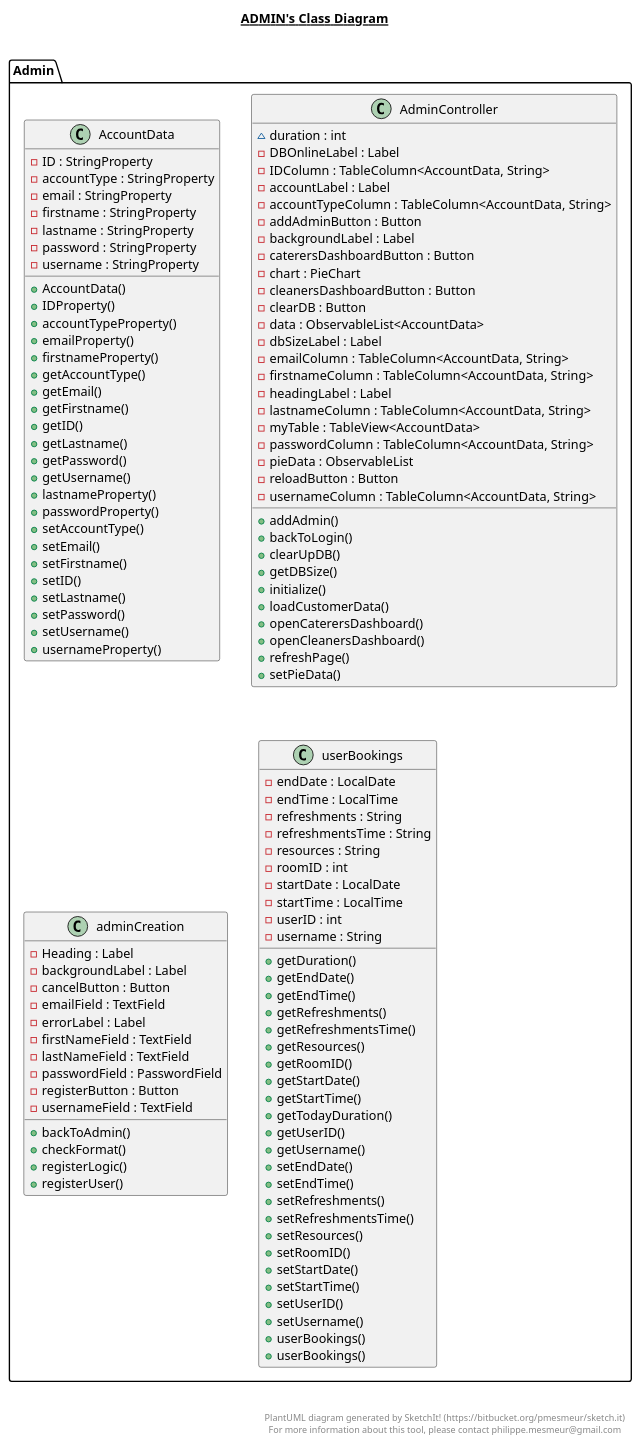
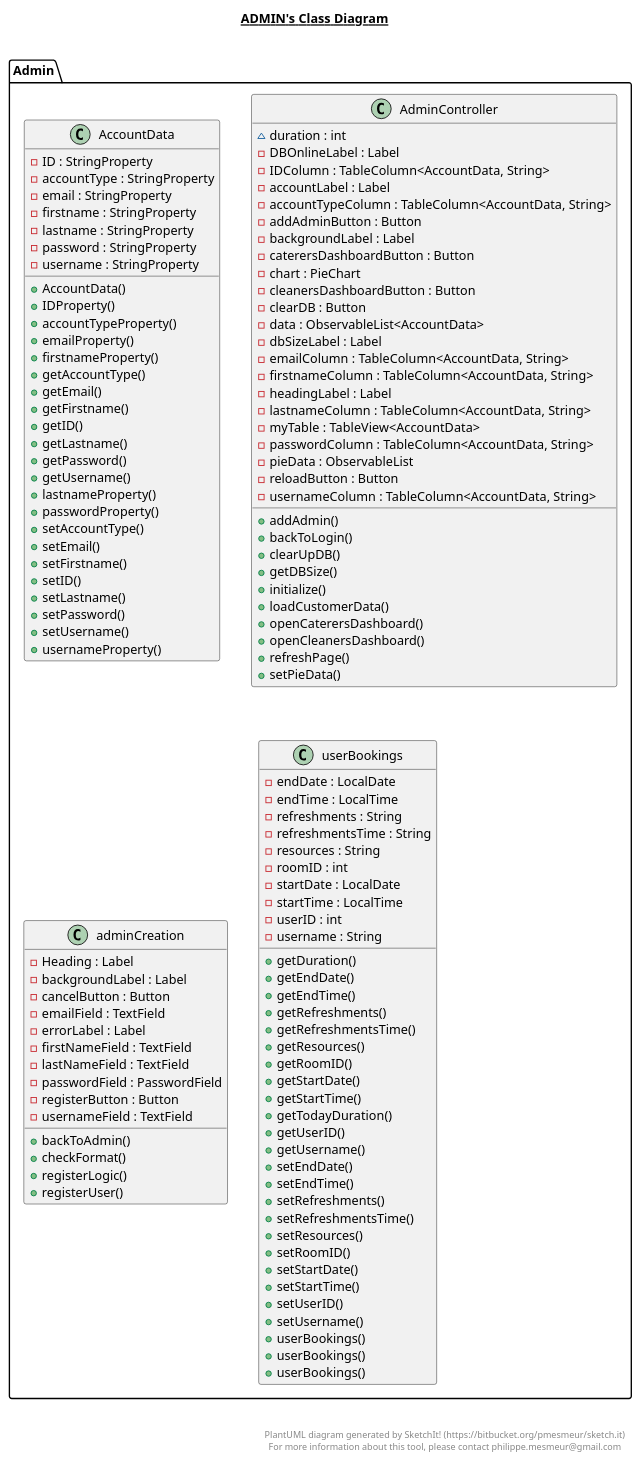
One commit to hegde-atri/meetingBooking changed the diagram in src/Admin/Admin.plantuml. Above: the diagram before and after it, drawn with PlantUML. The commit also changed 30 other files, not shown here.

```diff
--- a/src/Admin/Admin.plantuml
+++ b/src/Admin/Admin.plantuml
@@ -1,147 +1,148 @@
 @startuml
 
 title __ADMIN's Class Diagram__\n
 
   namespace Admin {
     class Admin.AccountData {
         - ID : StringProperty
         - accountType : StringProperty
         - email : StringProperty
         - firstname : StringProperty
         - lastname : StringProperty
         - password : StringProperty
         - username : StringProperty
         + AccountData()
         + IDProperty()
         + accountTypeProperty()
         + emailProperty()
         + firstnameProperty()
         + getAccountType()
         + getEmail()
         + getFirstname()
         + getID()
         + getLastname()
         + getPassword()
         + getUsername()
         + lastnameProperty()
         + passwordProperty()
         + setAccountType()
         + setEmail()
         + setFirstname()
         + setID()
         + setLastname()
         + setPassword()
         + setUsername()
         + usernameProperty()
     }
   }
   
 
   namespace Admin {
     class Admin.AdminController {
         ~ duration : int
         - DBOnlineLabel : Label
         - IDColumn : TableColumn<AccountData, String>
         - accountLabel : Label
         - accountTypeColumn : TableColumn<AccountData, String>
         - addAdminButton : Button
         - backgroundLabel : Label
         - caterersDashboardButton : Button
         - chart : PieChart
         - cleanersDashboardButton : Button
         - clearDB : Button
         - data : ObservableList<AccountData>
         - dbSizeLabel : Label
         - emailColumn : TableColumn<AccountData, String>
         - firstnameColumn : TableColumn<AccountData, String>
         - headingLabel : Label
         - lastnameColumn : TableColumn<AccountData, String>
         - myTable : TableView<AccountData>
         - passwordColumn : TableColumn<AccountData, String>
         - pieData : ObservableList
         - reloadButton : Button
         - usernameColumn : TableColumn<AccountData, String>
         + addAdmin()
         + backToLogin()
         + clearUpDB()
         + getDBSize()
         + initialize()
         + loadCustomerData()
         + openCaterersDashboard()
         + openCleanersDashboard()
         + refreshPage()
         + setPieData()
     }
   }
   
 
   namespace Admin {
     class Admin.adminCreation {
         - Heading : Label
         - backgroundLabel : Label
         - cancelButton : Button
         - emailField : TextField
         - errorLabel : Label
         - firstNameField : TextField
         - lastNameField : TextField
         - passwordField : PasswordField
         - registerButton : Button
         - usernameField : TextField
         + backToAdmin()
         + checkFormat()
         + registerLogic()
         + registerUser()
     }
   }
   
 
   namespace Admin {
     class Admin.userBookings {
         - endDate : LocalDate
         - endTime : LocalTime
         - refreshments : String
         - refreshmentsTime : String
         - resources : String
         - roomID : int
         - startDate : LocalDate
         - startTime : LocalTime
         - userID : int
         - username : String
         + getDuration()
         + getEndDate()
         + getEndTime()
         + getRefreshments()
         + getRefreshmentsTime()
         + getResources()
         + getRoomID()
         + getStartDate()
         + getStartTime()
         + getTodayDuration()
         + getUserID()
         + getUsername()
         + setEndDate()
         + setEndTime()
         + setRefreshments()
         + setRefreshmentsTime()
         + setResources()
         + setRoomID()
         + setStartDate()
         + setStartTime()
         + setUserID()
         + setUsername()
         + userBookings()
         + userBookings()
+        + userBookings()
     }
   }
   
 
 
 
 right footer
 
 
 PlantUML diagram generated by SketchIt! (https://bitbucket.org/pmesmeur/sketch.it)
 For more information about this tool, please contact philippe.mesmeur@gmail.com
 endfooter
 
 @enduml
```
